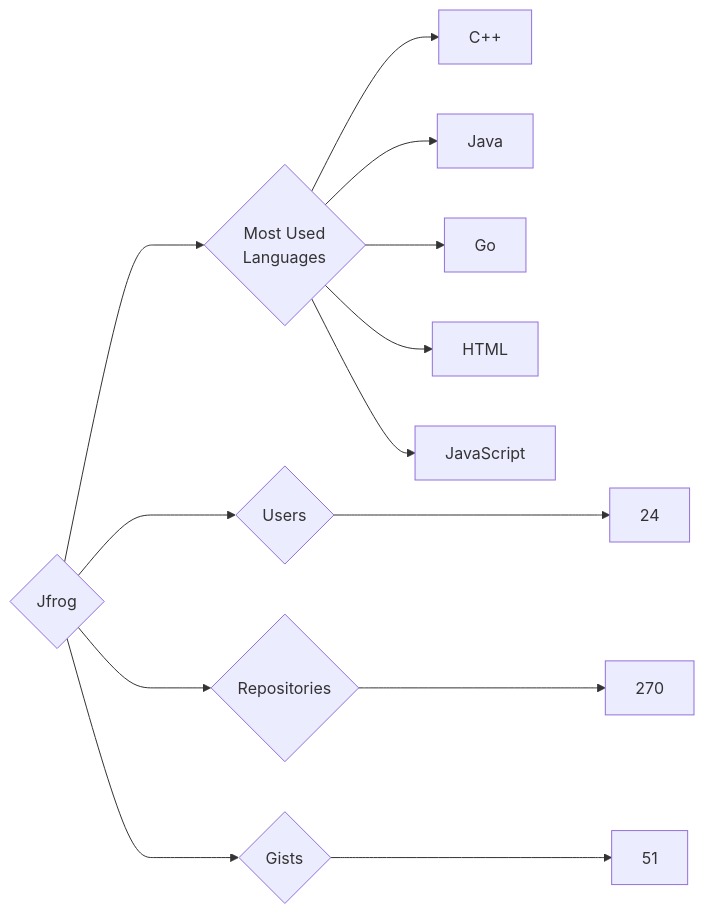
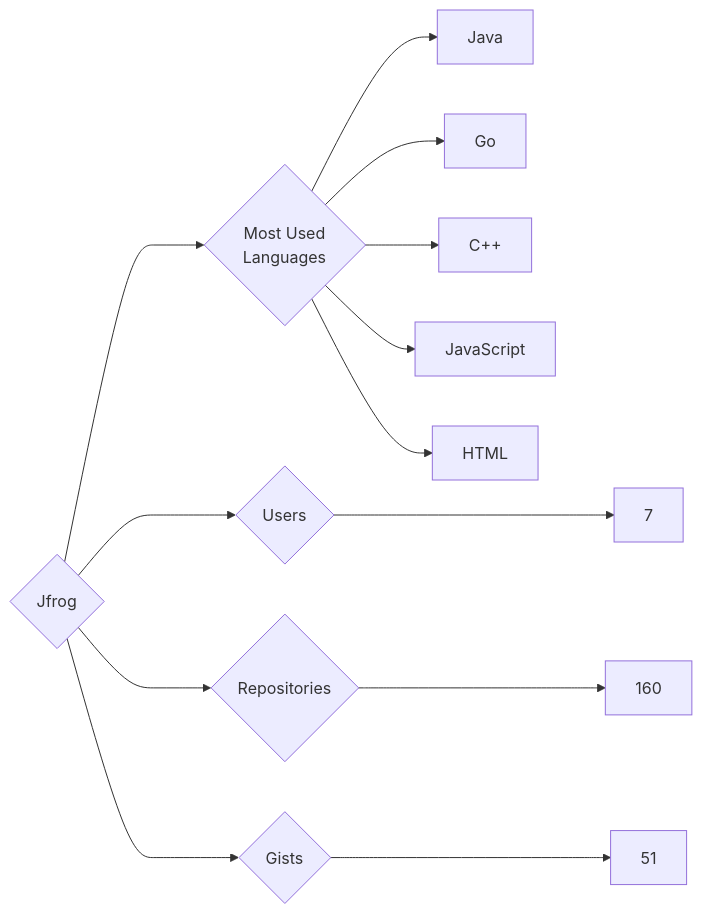
The diagram in targets/Jfrog/README.md (trickest/insiders), drawn with Mermaid before and after one commit. The commit also changed 775 other files, not shown here.

````diff
--- a/targets/Jfrog/README.md
+++ b/targets/Jfrog/README.md
@@ -3,13 +3,13 @@
 ```mermaid
 graph LR
 COMPANY_NAME{Jfrog}
-COMPANY_NAME ---> U{Users} ---> UN[24]
-COMPANY_NAME ---> R{Repositories} ---> RN[270]
+COMPANY_NAME ---> U{Users} ---> UN[7]
+COMPANY_NAME ---> R{Repositories} ---> RN[160]
 COMPANY_NAME ---> G{Gists} ---> GN[51]
 COMPANY_NAME ---> ML{Most Used<br>Languages}
-ML --> C++[C++]
 ML --> Java[Java]
 ML --> Go[Go]
+ML --> C++[C++]
+ML --> JavaScript[JavaScript]
 ML --> HTML[HTML]
-ML --> JavaScript[JavaScript]
 ```
````
